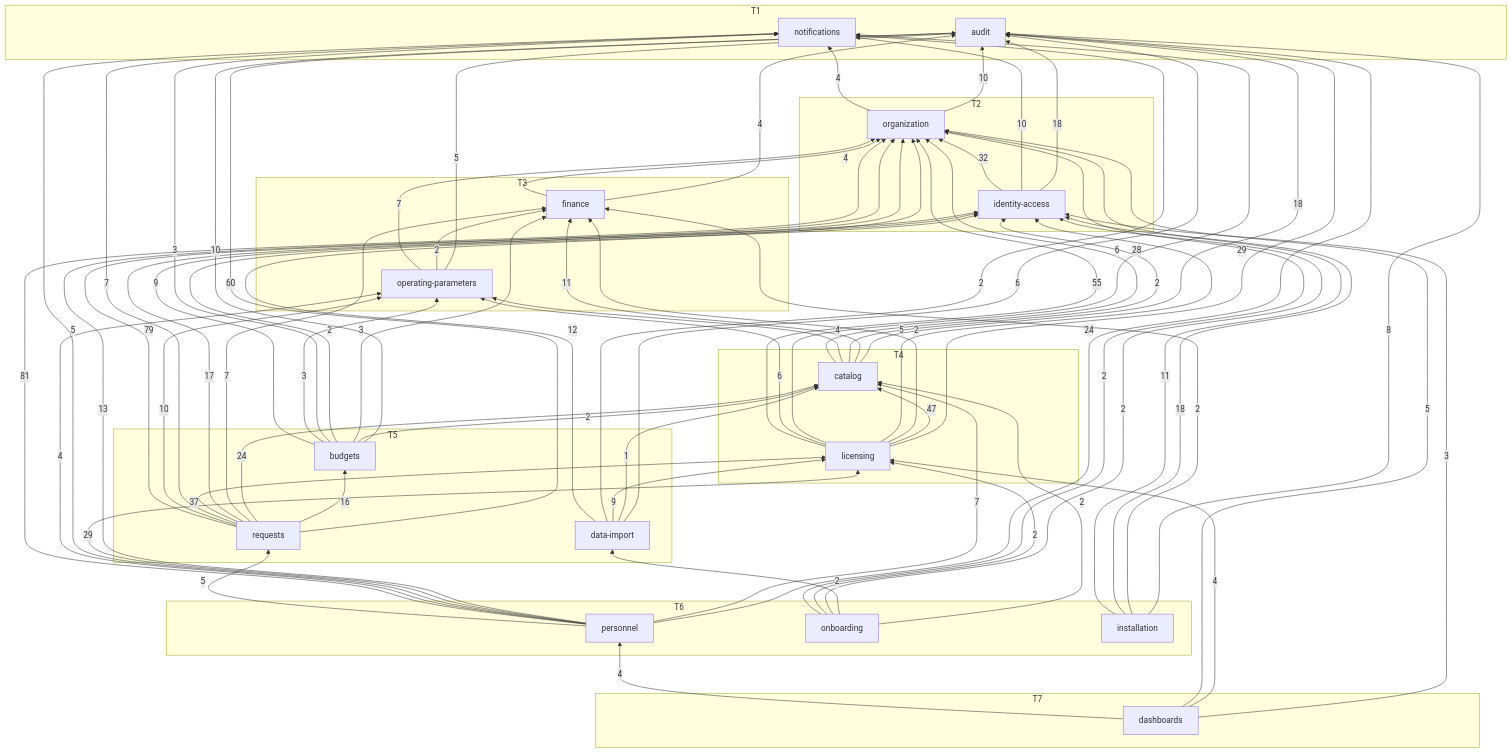
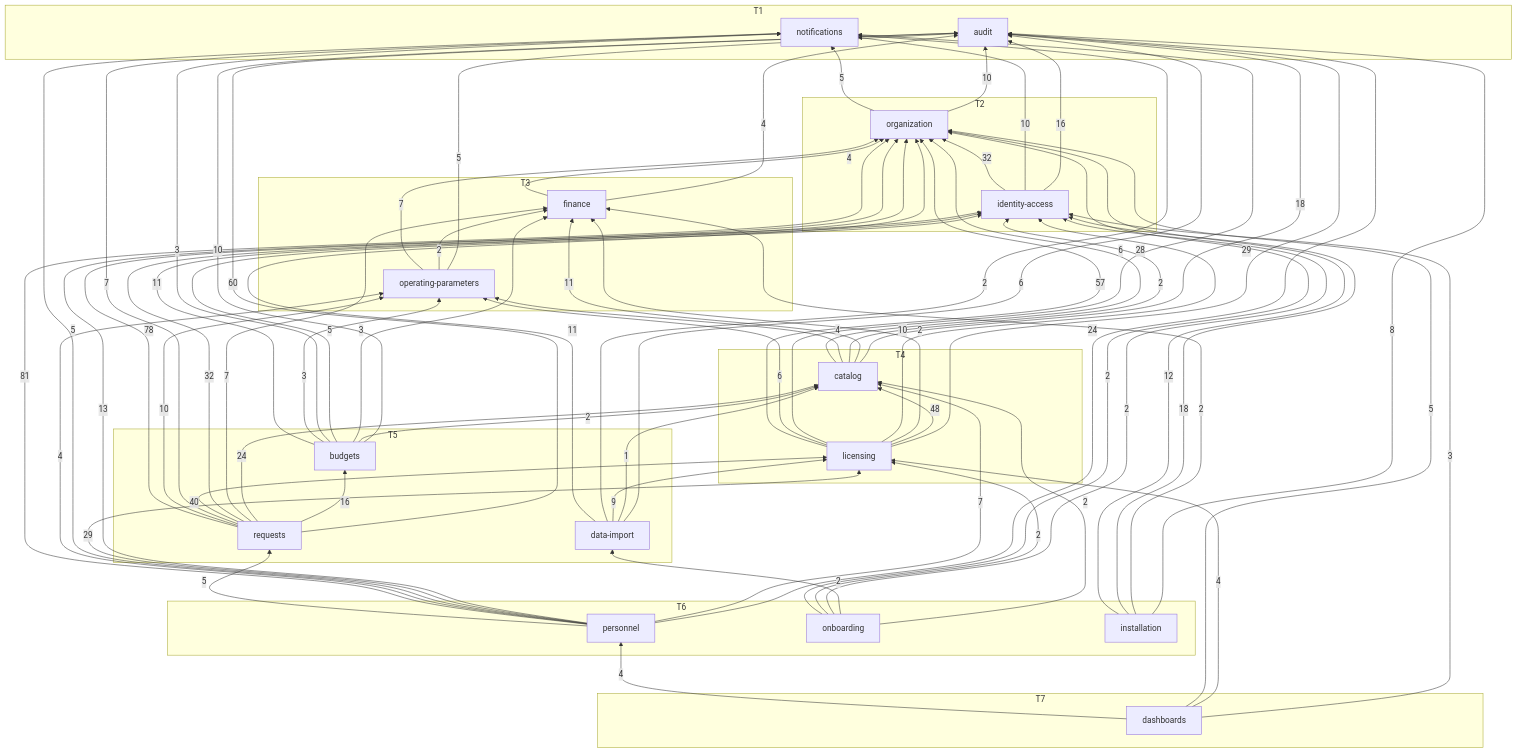
One commit to WDP301-FA26-GR8/BE changed the diagram in docs/generated/module-graph.md. Above: the diagram before and after it, drawn with Mermaid. The commit also changed 827 other files, not shown here.

````diff
--- a/docs/generated/module-graph.md
+++ b/docs/generated/module-graph.md
@@ -37,10 +37,10 @@
   budgets -->|10| audit
   budgets -->|2| catalog
   budgets -->|3| finance
-  budgets -->|2| identity_access
+  budgets -->|5| identity_access
   budgets -->|3| notifications
   budgets -->|3| operating_parameters
-  budgets -->|9| organization
+  budgets -->|11| organization
   catalog -->|18| audit
   catalog -->|11| finance
   catalog -->|2| identity_access
@@ -54,23 +54,23 @@
   data_import -->|1| catalog
   data_import -->|9| licensing
   data_import -->|2| notifications
-  data_import -->|12| organization
+  data_import -->|11| organization
   finance -->|4| audit
   finance -->|4| organization
-  identity_access -->|18| audit
+  identity_access -->|16| audit
   identity_access -->|10| notifications
   identity_access -->|32| organization
   installation -->|8| audit
   installation -->|2| finance
   installation -->|18| identity_access
-  installation -->|11| organization
+  installation -->|12| organization
   licensing -->|29| audit
-  licensing -->|47| catalog
+  licensing -->|48| catalog
   licensing -->|2| finance
-  licensing -->|5| identity_access
+  licensing -->|10| identity_access
   licensing -->|6| notifications
   licensing -->|6| operating_parameters
-  licensing -->|55| organization
+  licensing -->|57| organization
   onboarding -->|2| catalog
   onboarding -->|2| data_import
   onboarding -->|2| identity_access
@@ -80,7 +80,7 @@
   operating_parameters -->|2| finance
   operating_parameters -->|7| organization
   organization -->|10| audit
-  organization -->|4| notifications
+  organization -->|5| notifications
   personnel -->|24| audit
   personnel -->|7| catalog
   personnel -->|13| identity_access
@@ -93,9 +93,9 @@
   requests -->|16| budgets
   requests -->|24| catalog
   requests -->|7| finance
-  requests -->|17| identity_access
-  requests -->|37| licensing
+  requests -->|32| identity_access
+  requests -->|40| licensing
   requests -->|7| notifications
   requests -->|10| operating_parameters
-  requests -->|79| organization
+  requests -->|78| organization
 ```
````
